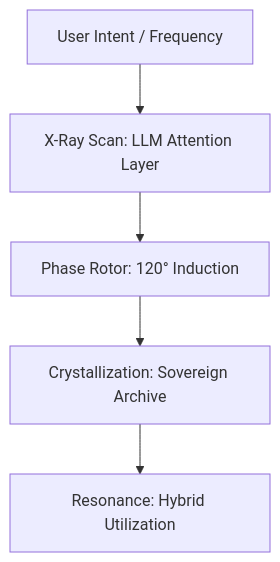
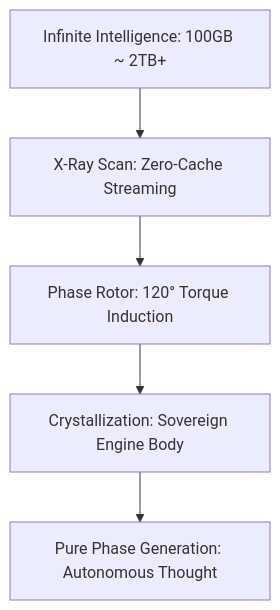
The diagram in README.md (ioas0316-cloud/eye), drawn with Mermaid before and after one commit. The commit also changed other lines of this file and 7 other files, not shown here.

First line of the commit message:
Refactor: Full Reset to Sovereign Independent Engine and Zero-Cache Scalability

````diff
--- a/README.md
+++ b/README.md
@@ -58,7 +53,7 @@
 ```mermaid
 graph TD
-    A[User Intent / Frequency] --> B[X-Ray Scan: LLM Attention Layer]
-    B --> C[Phase Rotor: 120° Induction]
-    C --> D[Crystallization: Sovereign Archive]
-    D --> E[Resonance: Hybrid Utilization]
+    A[Infinite Intelligence: 100GB ~ 2TB+] --> B[X-Ray Scan: Zero-Cache Streaming]
+    B --> C[Phase Rotor: 120° Torque Induction]
+    C --> D[Crystallization: Sovereign Engine Body]
+    D --> E[Pure Phase Generation: Autonomous Thought]
 ```
````
